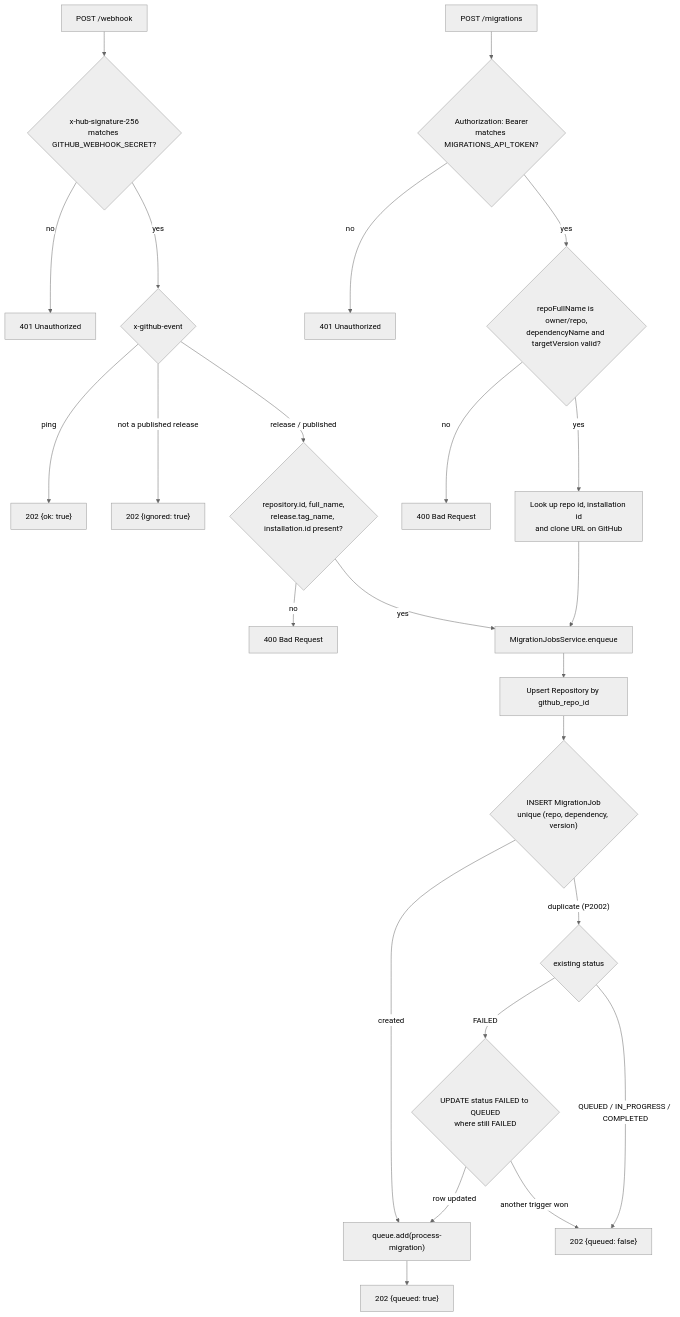
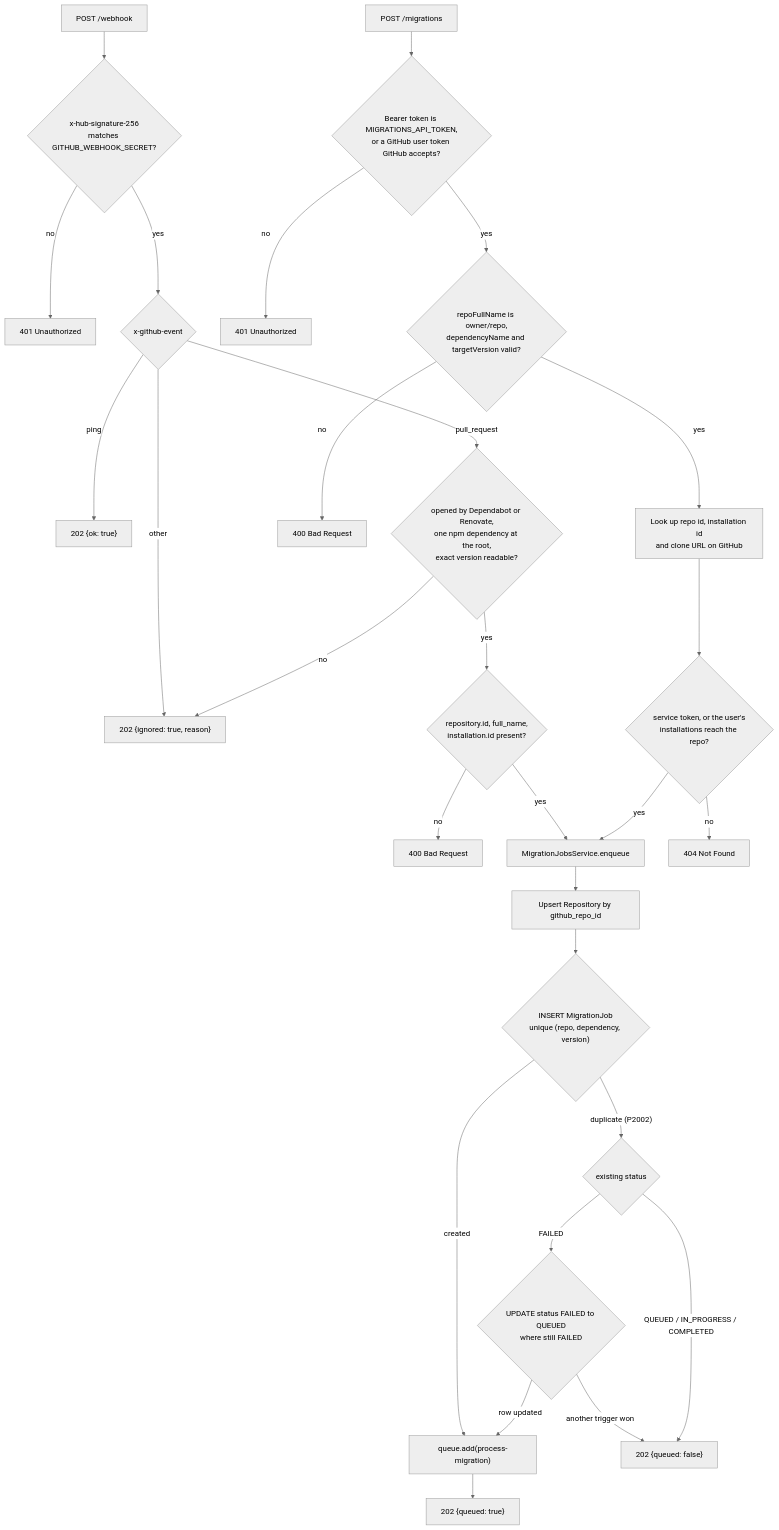
Before and after one commit to kiet08hogit/SyncLab: the third of 6 diagrams in README.md, drawn with Mermaid (neutral theme). The commit also changed other lines of this file and 1 other file, not shown here.

Commit message:
docs: describe the pull request trigger, per-user API access, and list endpoints

````diff
--- a/README.md
+++ b/README.md
@@ -131,28 +131,32 @@
 ```mermaid
 flowchart TD
     A["POST /webhook"] --> B{"x-hub-signature-256<br/>matches GITHUB_WEBHOOK_SECRET?"}
     B -- no --> X1["401 Unauthorized"]
     B -- yes --> C{"x-github-event"}
     C -- ping --> OK1["202 {ok: true}"]
-    C -- "not a published release" --> IGN["202 {ignored: true}"]
-    C -- "release / published" --> D{"repository.id, full_name,<br/>release.tag_name, installation.id present?"}
+    C -- "pull_request" --> P{"opened by Dependabot or Renovate,<br/>one npm dependency at the root,<br/>exact version readable?"}
+    C -- other --> IGN["202 {ignored: true, reason}"]
+    P -- no --> IGN
+    P -- yes --> D{"repository.id, full_name,<br/>installation.id present?"}
     D -- no --> X2["400 Bad Request"]
     D -- yes --> E["MigrationJobsService.enqueue"]
 
-    M["POST /migrations"] --> MB{"Authorization: Bearer<br/>matches MIGRATIONS_API_TOKEN?"}
+    M["POST /migrations"] --> MB{"Bearer token is MIGRATIONS_API_TOKEN,<br/>or a GitHub user token GitHub accepts?"}
     MB -- no --> X3["401 Unauthorized"]
     MB -- yes --> MV{"repoFullName is owner/repo,<br/>dependencyName and targetVersion valid?"}
     MV -- no --> X4["400 Bad Request"]
     MV -- yes --> ML["Look up repo id, installation id<br/>and clone URL on GitHub"]
-    ML --> E
+    ML --> MA{"service token, or the user's<br/>installations reach the repo?"}
+    MA -- no --> X5["404 Not Found"]
+    MA -- yes --> E
 
     E --> U["Upsert Repository by github_repo_id"]
     U --> J{"INSERT MigrationJob<br/>unique (repo, dependency, version)"}
     J -- created --> ENQ["queue.add(process-migration)"]
     J -- "duplicate (P2002)" --> S{"existing status"}
     S -- FAILED --> R{"UPDATE status FAILED to QUEUED<br/>where still FAILED"}
     R -- "row updated" --> ENQ
     R -- "another trigger won" --> NQ
     S -- "QUEUED / IN_PROGRESS / COMPLETED" --> NQ["202 {queued: false}"]
     ENQ --> Q1["202 {queued: true}"]
 ```
````
